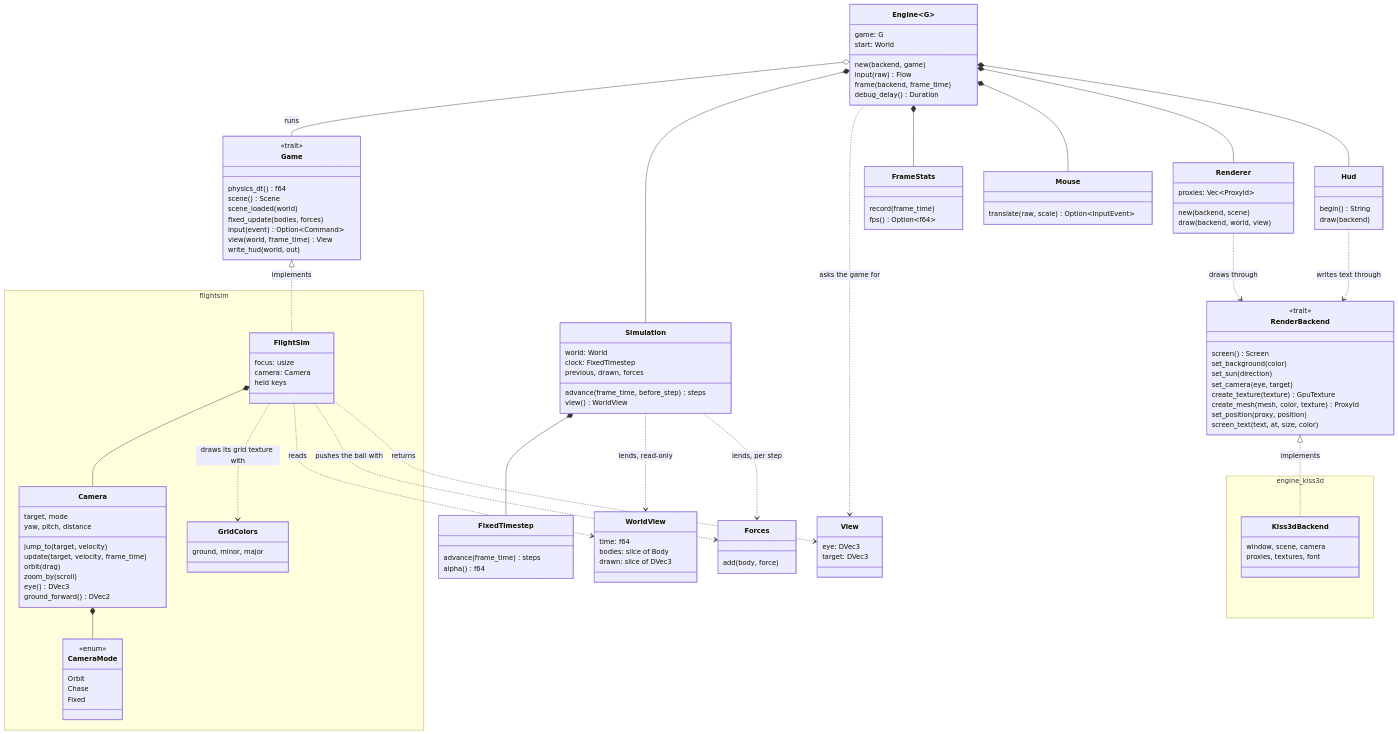
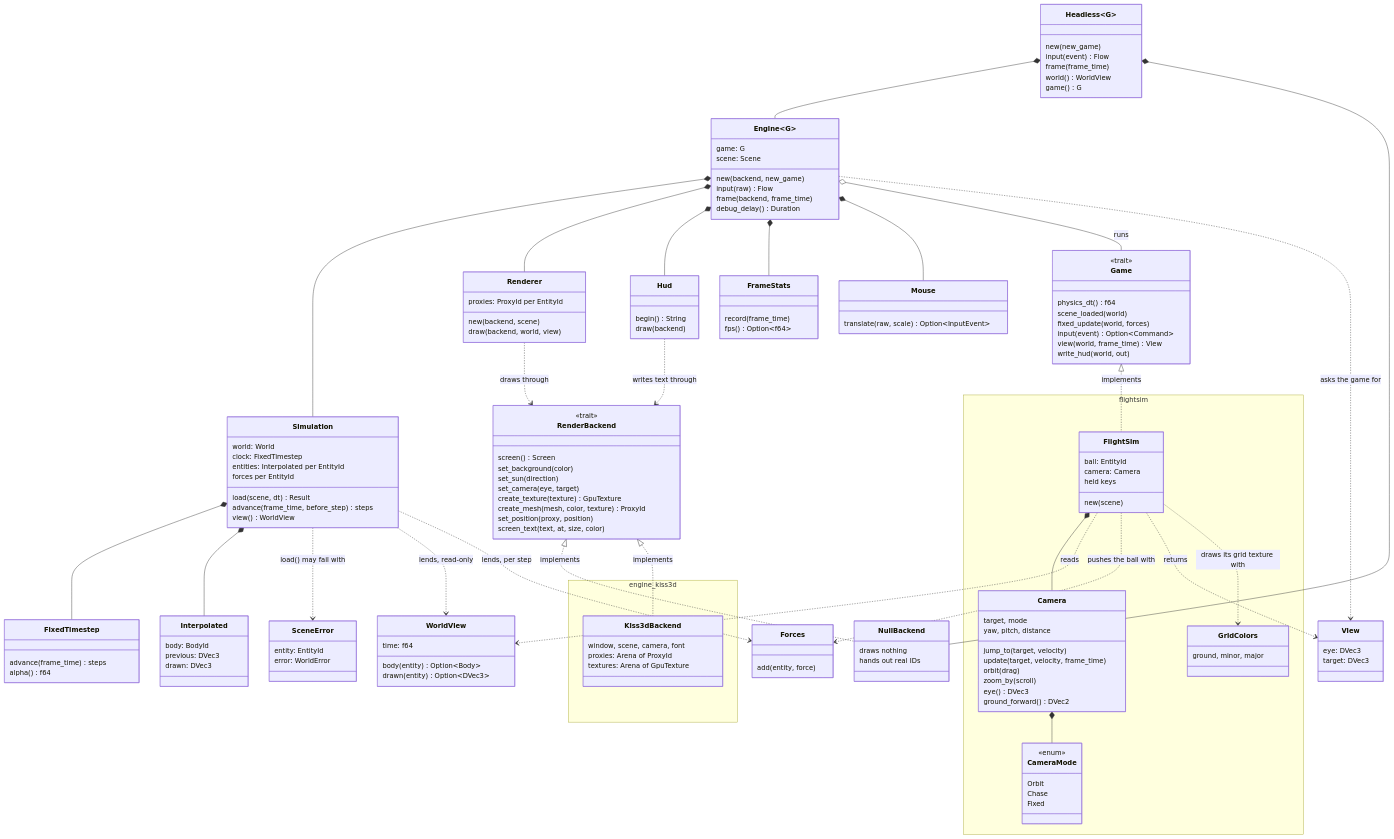
One commit to fterrier/flightsim changed the fourth of 6 diagrams in ARCHITECTURE.md. Above: the diagram before and after it, drawn with Mermaid. The commit also changed other lines of this file and 19 other files, not shown here.

```diff
--- a/ARCHITECTURE.md
+++ b/ARCHITECTURE.md
@@ -204,9 +223,8 @@
     class Game {
         <<trait>>
         physics_dt() f64
-        scene() Scene
         scene_loaded(world)
-        fixed_update(bodies, forces)
+        fixed_update(world, forces)
         input(event) Option~Command~
         view(world, frame_time) View
         write_hud(world, out)
@@ -225,25 +243,47 @@
 
     class Engine~G~ {
         game: G
-        start: World
-        new(backend, game)
+        scene: Scene
+        new(backend, new_game)
         input(raw) Flow
         frame(backend, frame_time)
         debug_delay() Duration
     }
+    class Headless~G~ {
+        new(new_game)
+        input(event) Flow
+        frame(frame_time)
+        world() WorldView
+        game() G
+    }
+    class NullBackend {
+        draws nothing
+        hands out real IDs
+    }
     class Simulation {
         world: World
         clock: FixedTimestep
-        previous, drawn, forces
+        entities: Interpolated per EntityId
+        forces per EntityId
+        load(scene, dt) Result
         advance(frame_time, before_step) steps
         view() WorldView
+    }
+    class Interpolated {
+        body: BodyId
+        previous: DVec3
+        drawn: DVec3
+    }
+    class SceneError {
+        entity: EntityId
+        error: WorldError
     }
     class FixedTimestep {
         advance(frame_time) steps
         alpha() f64
     }
     class Renderer {
-        proxies: Vec~ProxyId~
+        proxies: ProxyId per EntityId
         new(backend, scene)
         draw(backend, world, view)
     }
@@ -260,11 +300,11 @@
     }
     class WorldView {
         time: f64
-        bodies: slice of Body
-        drawn: slice of DVec3
+        body(entity) Option~Body~
+        drawn(entity) Option~DVec3~
     }
     class Forces {
-        add(body, force)
+        add(entity, force)
     }
     class View {
         eye: DVec3
@@ -277,7 +317,12 @@
     Engine *-- FrameStats
     Engine *-- Mouse
     Engine o-- Game : runs
+    Headless *-- Engine
+    Headless *-- NullBackend
+    RenderBackend <|.. NullBackend : implements
     Simulation *-- FixedTimestep
+    Simulation *-- Interpolated
+    Simulation ..> SceneError : load() may fail with
     Simulation ..> WorldView : lends, read-only
     Simulation ..> Forces : lends, per step
     Renderer ..> RenderBackend : draws through
@@ -286,9 +331,10 @@
 
     namespace flightsim {
         class FlightSim {
-            focus: usize
+            ball: EntityId
             camera: Camera
             held keys
+            new(scene)
         }
         class Camera {
             target, mode
@@ -320,8 +366,9 @@
 
     namespace engine_kiss3d {
         class Kiss3dBackend {
-            window, scene, camera
-            proxies, textures, font
+            window, scene, camera, font
+            proxies: Arena of ProxyId
+            textures: Arena of GpuTexture
         }
     }
     RenderBackend <|.. Kiss3dBackend : implements
```
